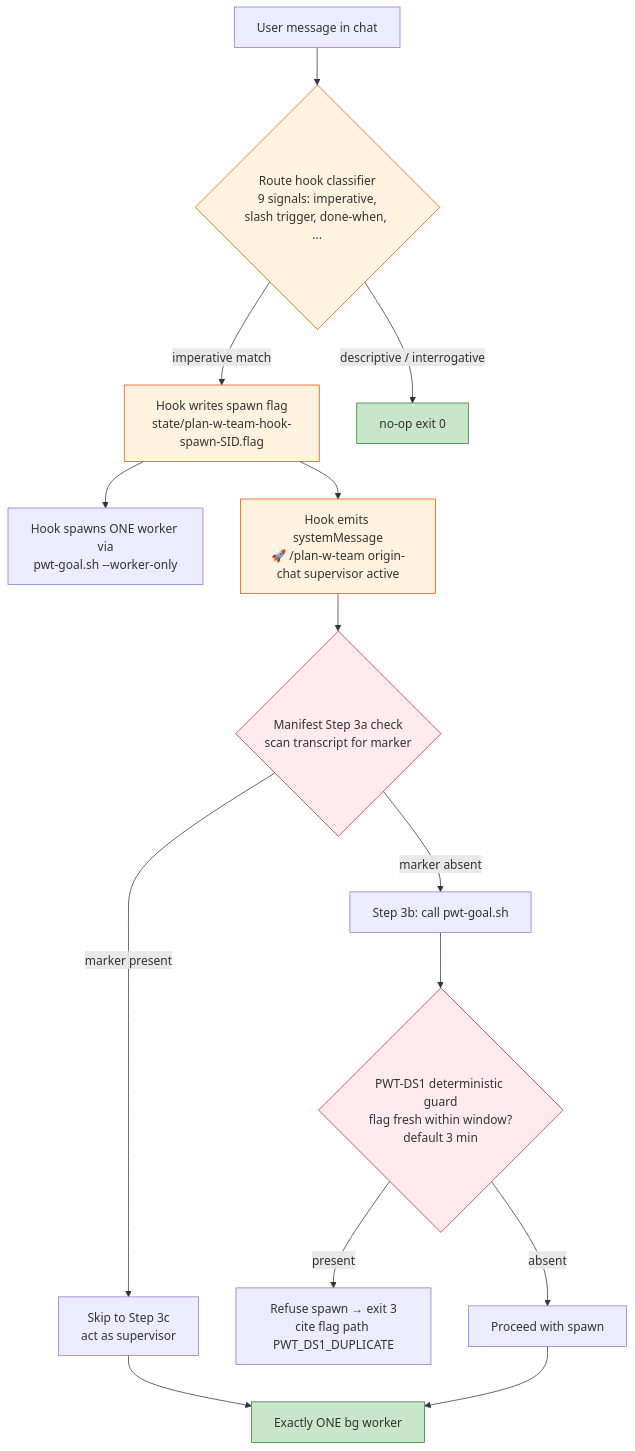
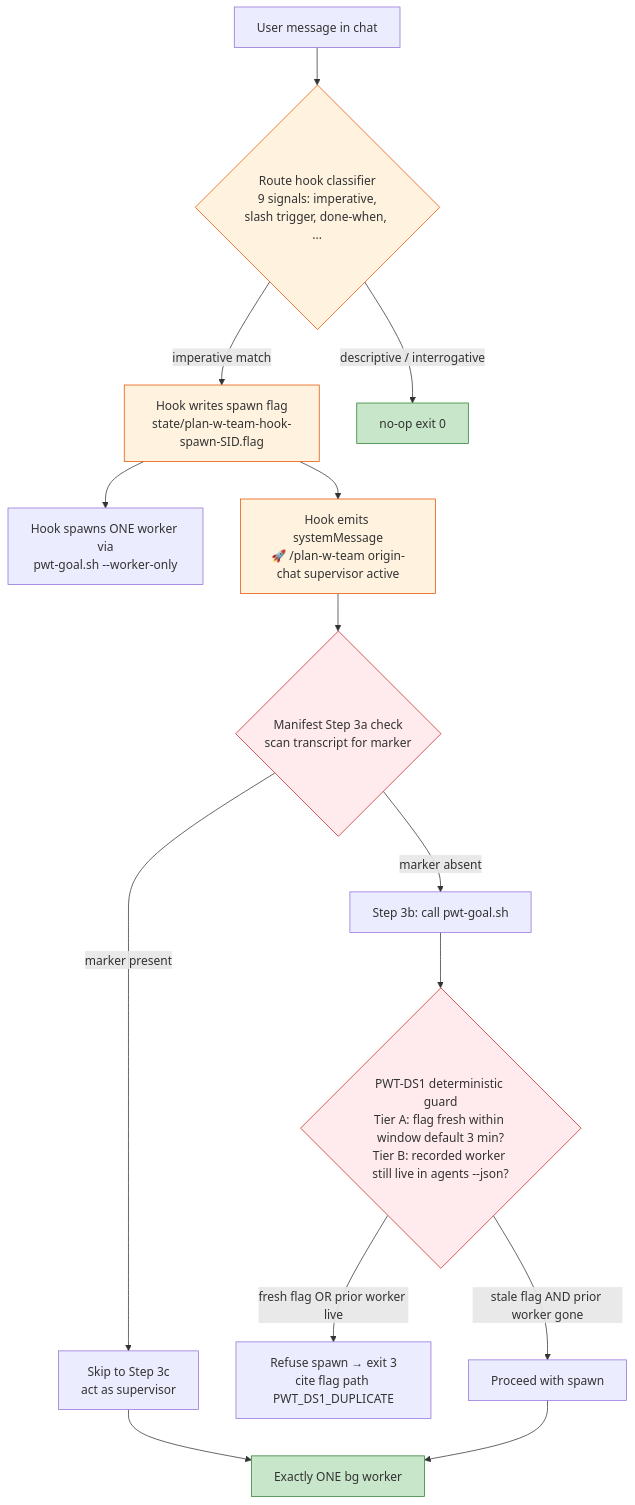
One commit to hivetechs-collective/gstack changed the first of 3 diagrams in .claude/commands/plan-w-team.md. Above: the diagram before and after it, drawn with Mermaid. The commit also changed other lines of this file and 31 other files, not shown here.

````diff
--- a/.claude/commands/plan-w-team.md
+++ b/.claude/commands/plan-w-team.md
@@ -54,23 +59,23 @@
 ```mermaid
 flowchart TD
     A[User message in chat] --> B{Route hook classifier<br/>9 signals: imperative,<br/>slash trigger, done-when, ...}
     B -->|imperative match| C[Hook writes spawn flag<br/>state/plan-w-team-hook-spawn-SID.flag]
     B -->|descriptive / interrogative| Z[no-op exit 0]
     C --> D[Hook spawns ONE worker via<br/>pwt-goal.sh --worker-only]
     C --> E[Hook emits systemMessage<br/>🚀 /plan-w-team origin-chat supervisor active]
     E --> F{Manifest Step 3a check<br/>scan transcript for marker}
     F -->|marker present| G[Skip to Step 3c<br/>act as supervisor]
     F -->|marker absent| H[Step 3b: call pwt-goal.sh]
-    H --> I{PWT-DS1 deterministic guard<br/>flag fresh within window?<br/>default 3 min}
-    I -->|present| J[Refuse spawn → exit 3<br/>cite flag path PWT_DS1_DUPLICATE]
-    I -->|absent| K[Proceed with spawn]
+    H --> I{PWT-DS1 deterministic guard<br/>Tier A: flag fresh within window default 3 min?<br/>Tier B: recorded worker still live in agents --json?}
+    I -->|fresh flag OR prior worker live| J[Refuse spawn → exit 3<br/>cite flag path PWT_DS1_DUPLICATE]
+    I -->|stale flag AND prior worker gone| K[Proceed with spawn]
     G --> L[Exactly ONE bg worker]
     K --> L
 
     classDef hook fill:#fff3e0,stroke:#e65100
     classDef guard fill:#ffebee,stroke:#c62828
     classDef ok fill:#c8e6c9,stroke:#2e7d32
     class B,C,E hook
     class F,I guard
     class L,Z ok
 ```
````
